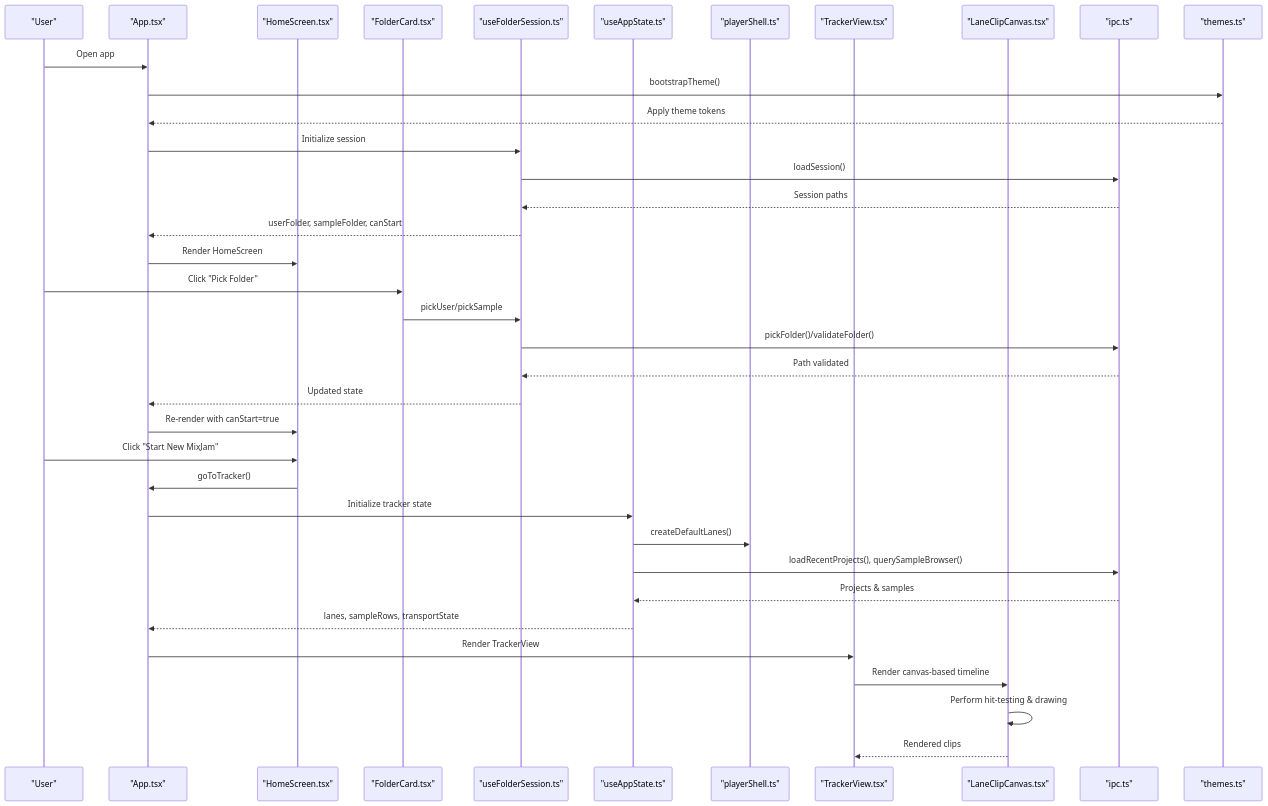
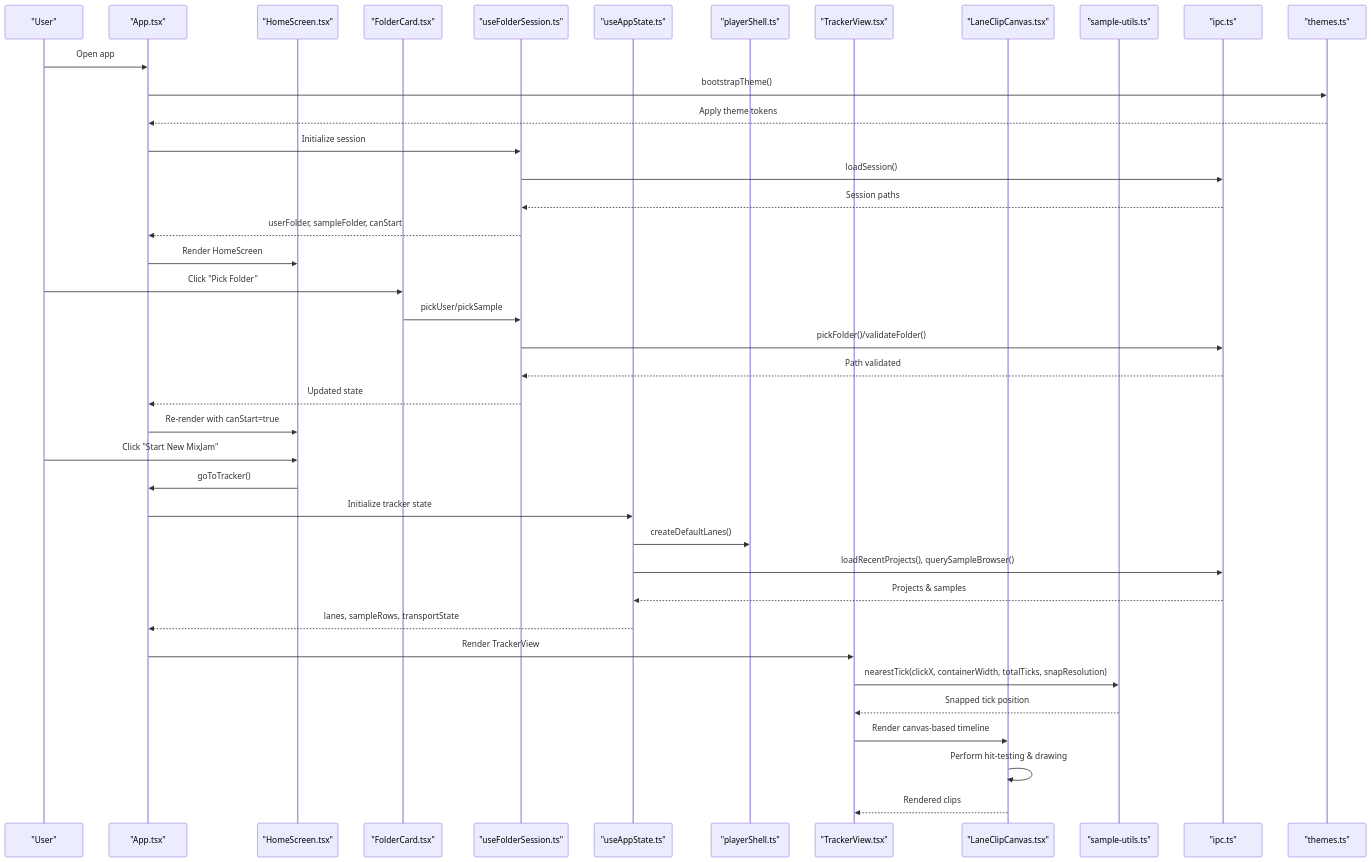
One commit to satyrlord/mixjam-electron changed the second of 7 diagrams in .qoder/repowiki/en/content/Core Components/UI Components.md. Above: the diagram before and after it, drawn with Mermaid. The commit also changed other lines of this file and 45 other files, not shown here.

````diff
--- a/.qoder/repowiki/en/content/Core Components/UI Components.md
+++ b/.qoder/repowiki/en/content/Core Components/UI Components.md
@@ -106,39 +108,42 @@
 ```mermaid
 sequenceDiagram
 participant User as "User"
 participant App as "App.tsx"
 participant Home as "HomeScreen.tsx"
 participant Folder as "FolderCard.tsx"
 participant HookFS as "useFolderSession.ts"
 participant HookAS as "useAppState.ts"
 participant PS as "playerShell.ts"
 participant TV as "TrackerView.tsx"
 participant LCC as "LaneClipCanvas.tsx"
+participant SU as "sample-utils.ts"
 participant IPC as "ipc.ts"
 participant Theme as "themes.ts"
 User->>App : Open app
 App->>Theme : bootstrapTheme()
 Theme-->>App : Apply theme tokens
 App->>HookFS : Initialize session
 HookFS->>IPC : loadSession()
 IPC-->>HookFS : Session paths
 HookFS-->>App : userFolder, sampleFolder, canStart
 App->>Home : Render HomeScreen
 User->>Folder : Click "Pick Folder"
 Folder->>HookFS : pickUser/pickSample
 HookFS->>IPC : pickFolder()/validateFolder()
 IPC-->>HookFS : Path validated
 HookFS-->>App : Updated state
 App->>Home : Re-render with canStart=true
 User->>Home : Click "Start New MixJam"
 Home->>App : goToTracker()
 App->>HookAS : Initialize tracker state
 HookAS->>PS : createDefaultLanes()
 HookAS->>IPC : loadRecentProjects(), querySampleBrowser()
 IPC-->>HookAS : Projects & samples
 HookAS-->>App : lanes, sampleRows, transportState
 App->>TV : Render TrackerView
+TV->>SU : nearestTick(clickX, containerWidth, totalTicks, snapResolution)
+SU-->>TV : Snapped tick position
 TV->>LCC : Render canvas-based timeline
 LCC->>LCC : Perform hit-testing & drawing
 LCC-->>TV : Rendered clips
 ```
````
